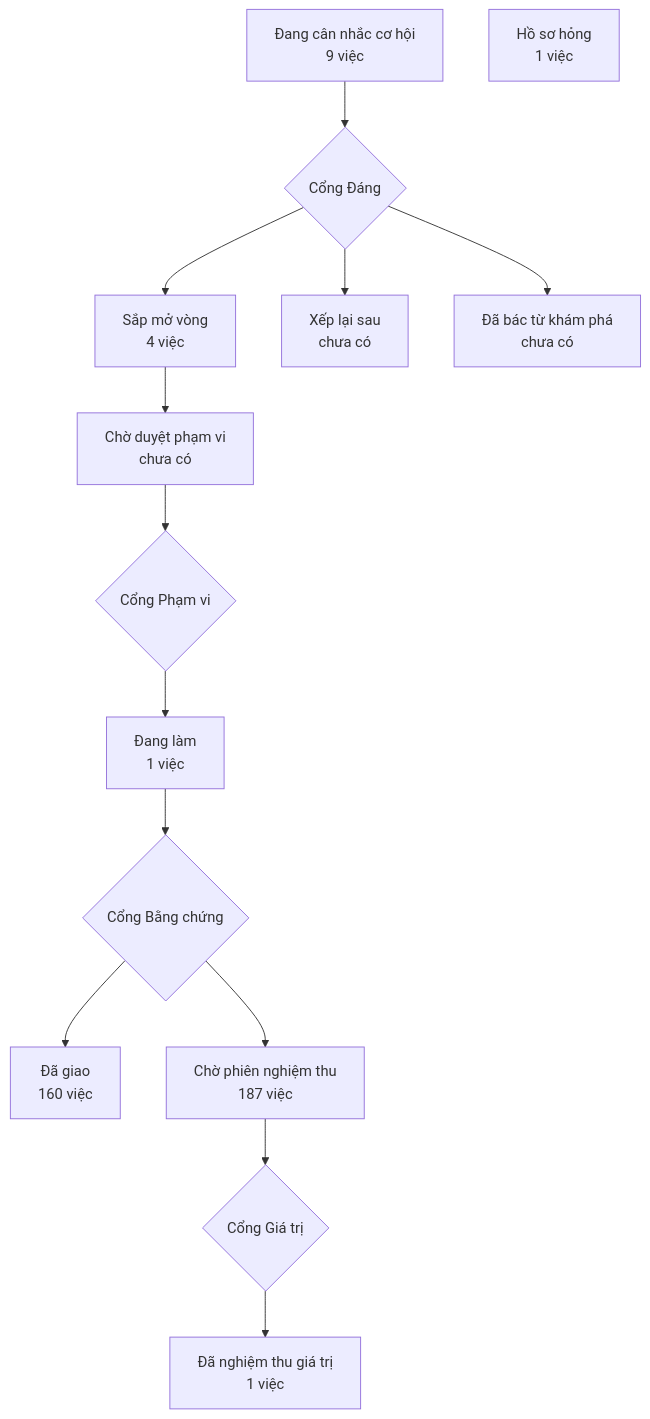
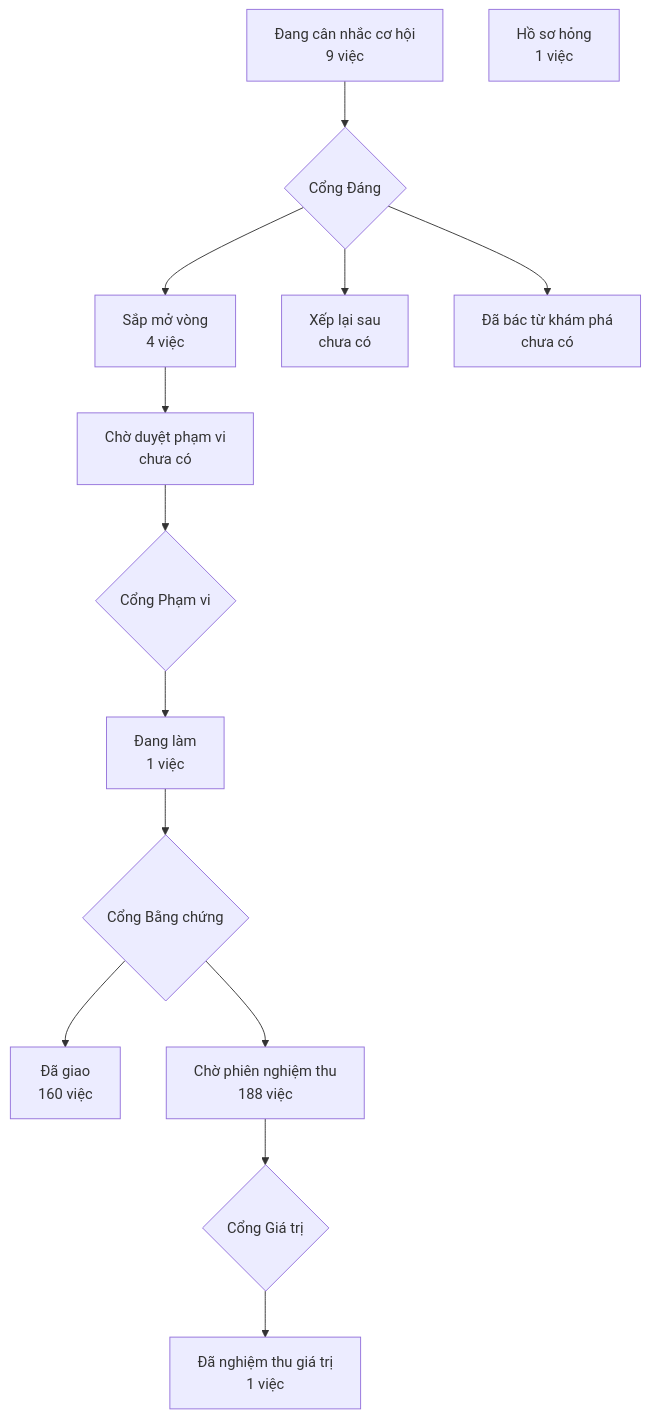
The diagram in PRODUCT-MAP.md (phanlemanh/crm-onehub), drawn with Mermaid before and after one commit. The commit also changed 1 other file, not shown here.

Commit message:
docs(bao-loi-tac-nhan-sau-cau-hoi): vẽ lại trang máy sau gộp onehub d62a4e667

````diff
--- a/PRODUCT-MAP.md
+++ b/PRODUCT-MAP.md
@@ -7,13 +7,13 @@
 ```mermaid
 flowchart TD
   A["Đang cân nhắc cơ hội<br/>9 việc"] --> GD{"Cổng Đáng"}
   GD --> B["Sắp mở vòng<br/>4 việc"]
   GD --> XL["Xếp lại sau<br/>chưa có"]
   GD --> DB["Đã bác từ khám phá<br/>chưa có"]
   B --> CD["Chờ duyệt phạm vi<br/>chưa có"] --> GP{"Cổng Phạm vi"}
   GP --> DL["Đang làm<br/>1 việc"] --> GB{"Cổng Bằng chứng"}
   GB --> DG["Đã giao<br/>160 việc"]
-  GB --> CN["Chờ phiên nghiệm thu<br/>187 việc"] --> GG{"Cổng Giá trị"}
+  GB --> CN["Chờ phiên nghiệm thu<br/>188 việc"] --> GG{"Cổng Giá trị"}
   GG --> NT["Đã nghiệm thu giá trị<br/>1 việc"]
   HS["Hồ sơ hỏng<br/>1 việc"]
 ```
````
